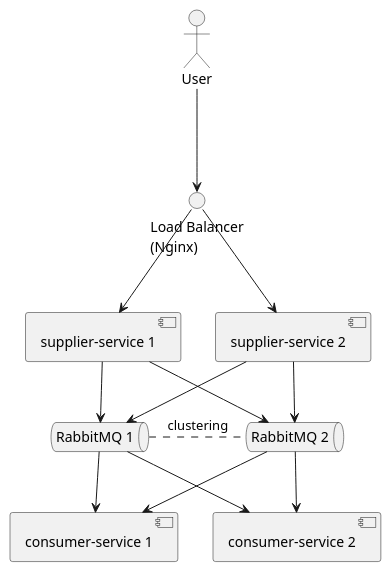
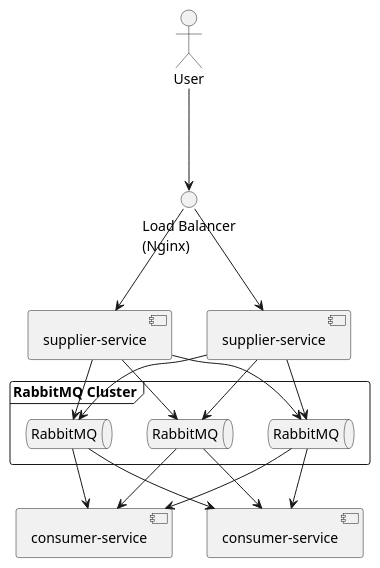
Before and after one commit to backpaper0/spring-cloud-stream-example: the second of 4 diagrams in plantuml.md, drawn with PlantUML. The commit also changed 1 other file, not shown here.

Commit message:
図を修正(余計にわかりにくくなっている気がしないでもない、、、)

````diff
--- a/plantuml.md
+++ b/plantuml.md
@@ -16,31 +16,36 @@
 ```plantuml
 @startuml diagram2
 
 actor User as user
 circle "Load Balancer\n(Nginx)" as lb
-component "supplier-service 1" as ss1
-component "supplier-service 2" as ss2
-queue "RabbitMQ 1" as mq1
-queue "RabbitMQ 2" as mq2
-component "consumer-service 1" as cs1
-component "consumer-service 2" as cs2
+component "supplier-service" as ss1
+component "supplier-service" as ss2
+frame "RabbitMQ Cluster" {
+    queue "RabbitMQ" as mq1
+    queue "RabbitMQ" as mq2
+    queue "RabbitMQ" as mq3
+}
+component "consumer-service" as cs1
+component "consumer-service" as cs2
 
 user --> lb
 
 lb --> ss1
 lb --> ss2
 
 ss1 --> mq1
 ss1 --> mq2
+ss1 --> mq3
 ss2 --> mq1
 ss2 --> mq2
-
-mq1 . mq2 : clustering
+ss2 --> mq3
 
 mq1 --> cs1
 mq1 --> cs2
 mq2 --> cs1
 mq2 --> cs2
+mq3 --> cs1
+mq3 --> cs2
 
 @enduml
 ```
````
